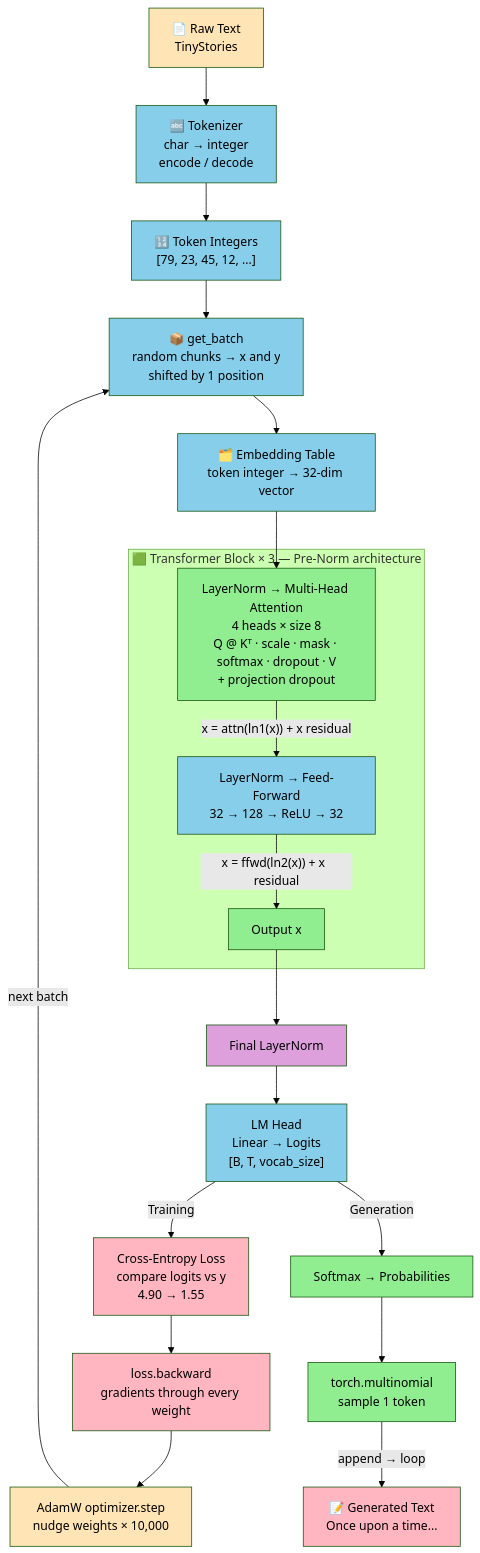
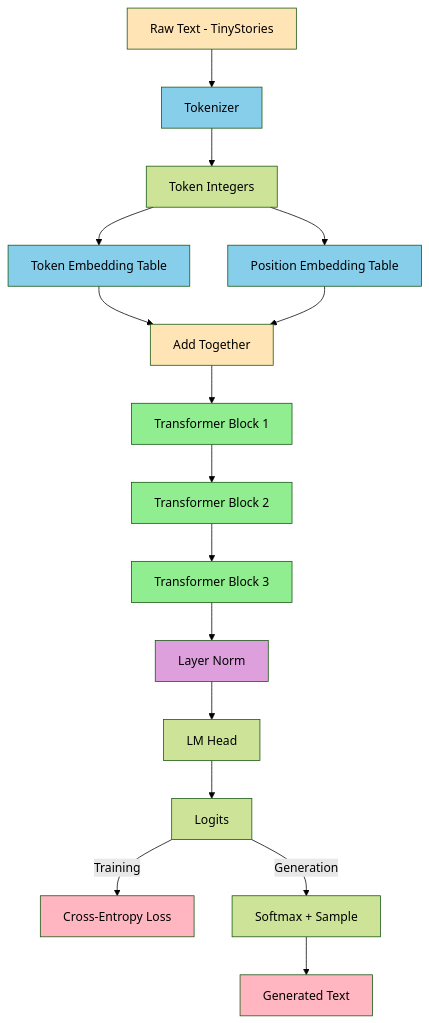
Before and after one commit to AryanGanesh/character-level-llm: the first of 5 diagrams in README.md, drawn with Mermaid (forest theme). The commit also changed other lines of this file, not shown here.

````diff
--- a/README.md
+++ b/README.md
@@ -20,43 +20,30 @@
 ```mermaid
 graph TD
-    A["📄 Raw Text\nTinyStories"] --> B["🔤 Tokenizer\nchar → integer\nencode / decode"]
-    B --> C["🔢 Token Integers\n[79, 23, 45, 12, ...]"]
-    C --> D["📦 get_batch\nrandom chunks → x and y\nshifted by 1 position"]
-    D --> E["🗂️ Embedding Table\ntoken integer → 32-dim vector"]
+    A[Raw Text - TinyStories] --> B[Tokenizer]
+    B --> C[Token Integers]
+    C --> D[Token Embedding Table]
+    C --> E[Position Embedding Table]
+    D --> F[Add Together]
+    E --> F
+    F --> G[Transformer Block 1]
+    G --> H[Transformer Block 2]
+    H --> I[Transformer Block 3]
+    I --> J[Layer Norm]
+    J --> K[LM Head]
+    K --> L[Logits]
+    L -->|Training| M[Cross-Entropy Loss]
+    L -->|Generation| N[Softmax + Sample]
+    N --> O[Generated Text]
 
-    E --> F
-
-    subgraph BLOCK ["🟩 Transformer Block × 3  —  Pre-Norm architecture"]
-        F["LayerNorm → Multi-Head Attention\n4 heads × size 8\nQ @ Kᵀ · scale · mask · softmax · dropout · V\n+ projection dropout"] -->|"x = attn(ln1(x)) + x  residual"| G["LayerNorm → Feed-Forward\n32 → 128 → ReLU → 32"]
-        G -->|"x = ffwd(ln2(x)) + x  residual"| H["Output x"]
-    end
-
-    H --> I["Final LayerNorm"]
-    I --> J["LM Head\nLinear → Logits\n[B, T, vocab_size]"]
-
-    J -->|"Training"| K["Cross-Entropy Loss\ncompare logits vs y\n4.90 → 1.55"]
-    K --> L["loss.backward\ngradients through every weight"]
-    L --> M["AdamW optimizer.step\nnudge weights × 10,000"]
-    M -->|"next batch"| D
-
-    J -->|"Generation"| N["Softmax → Probabilities"]
-    N --> O["torch.multinomial\nsample 1 token"]
-    O -->|"append → loop"| P["📝 Generated Text\nOnce upon a time..."]
-
-    style A fill:#FFE4B5,color:#000
-    style B fill:#87CEEB,color:#000
-    style C fill:#87CEEB,color:#000
-    style D fill:#87CEEB,color:#000
-    style E fill:#87CEEB,color:#000
-    style F fill:#90EE90,color:#000
-    style G fill:#87CEEB,color:#000
-    style H fill:#90EE90,color:#000
-    style I fill:#DDA0DD,color:#000
-    style J fill:#87CEEB,color:#000
-    style K fill:#FFB6C1,color:#000
-    style L fill:#FFB6C1,color:#000
-    style M fill:#FFE4B5,color:#000
-    style N fill:#90EE90,color:#000
-    style O fill:#90EE90,color:#000
-    style P fill:#FFB6C1,color:#000
+    style A fill:#FFE4B5
+    style B fill:#87CEEB
+    style D fill:#87CEEB
+    style E fill:#87CEEB
+    style F fill:#FFE4B5
+    style G fill:#90EE90
+    style H fill:#90EE90
+    style I fill:#90EE90
+    style J fill:#DDA0DD
+    style M fill:#FFB6C1
+    style O fill:#FFB6C1
 ```
````
